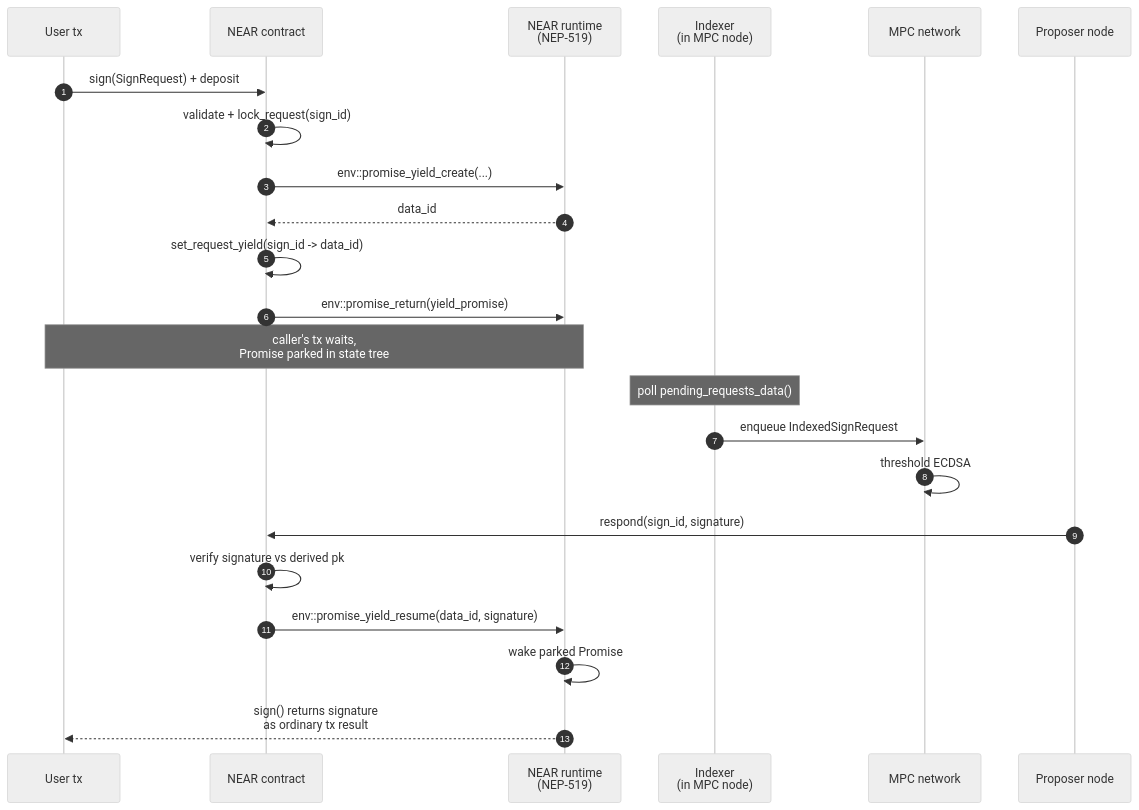
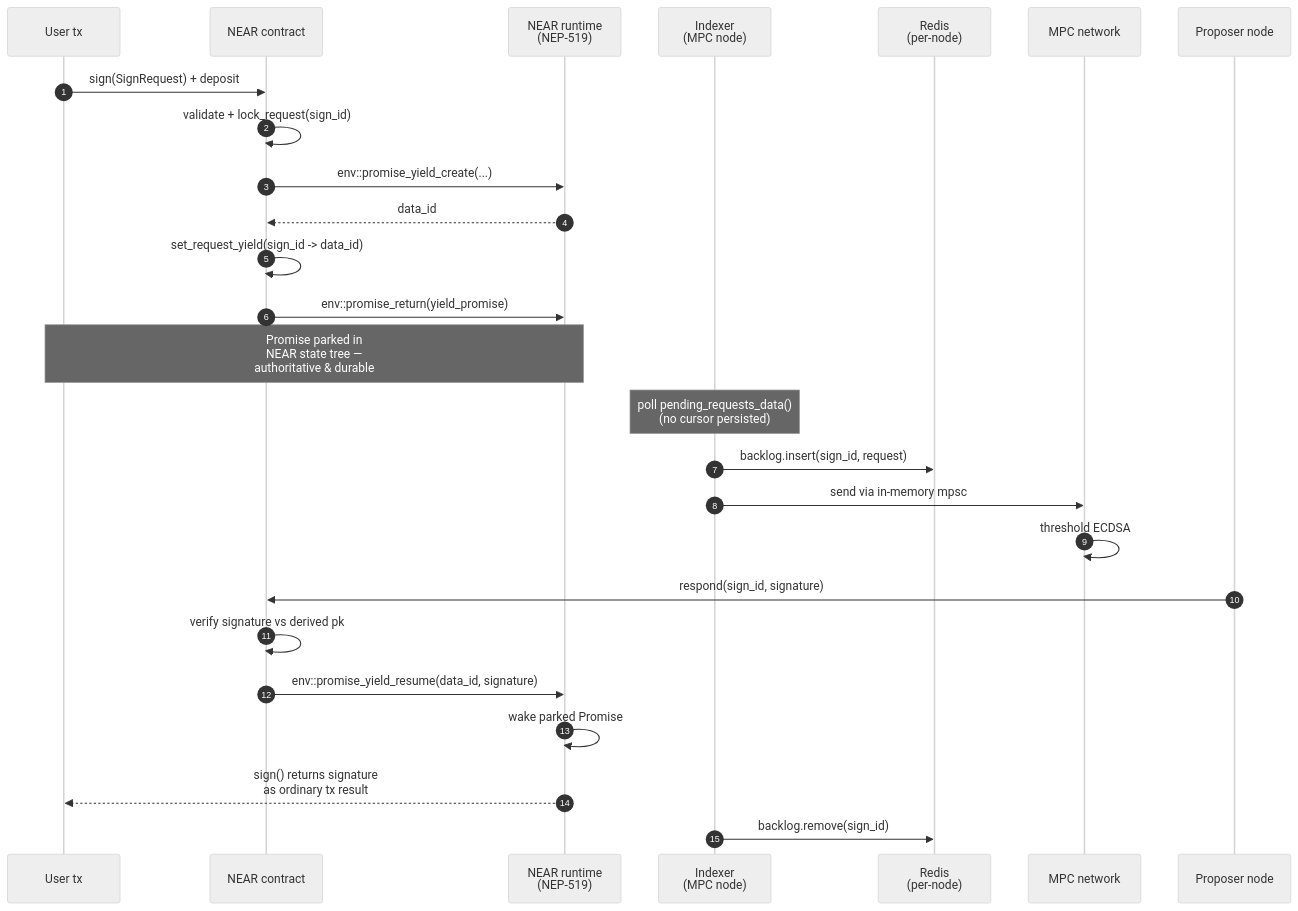
Before and after one commit to BRBussy/mpc: the second of 3 diagrams in doc/onboarding/02-architecture.md, drawn with Mermaid (neutral theme). The commit also changed other lines of this file and 1 other file, not shown here.

First line of the commit message:
doc: document indexer/queue delivery-guarantee risks

````diff
--- a/doc/onboarding/02-architecture.md
+++ b/doc/onboarding/02-architecture.md
@@ -62,26 +70,29 @@
 ```mermaid
 sequenceDiagram
     autonumber
     participant U as User tx
     participant C as NEAR contract
     participant RT as NEAR runtime<br/>(NEP-519)
-    participant IDX as Indexer<br/>(in MPC node)
+    participant IDX as Indexer<br/>(MPC node)
+    participant R as Redis<br/>(per-node)
     participant NET as MPC network
     participant PR as Proposer node
 
     U->>C: sign(SignRequest) + deposit
     C->>C: validate + lock_request(sign_id)
     C->>RT: env::promise_yield_create(...)
     RT-->>C: data_id
     C->>C: set_request_yield(sign_id -> data_id)
     C->>RT: env::promise_return(yield_promise)
-    Note over U,RT: caller's tx waits,<br/>Promise parked in state tree
-    Note over IDX: poll pending_requests_data()
-    IDX->>NET: enqueue IndexedSignRequest
+    Note over U,RT: Promise parked in<br/>NEAR state tree —<br/>authoritative & durable
+    Note over IDX: poll pending_requests_data()<br/>(no cursor persisted)
+    IDX->>R: backlog.insert(sign_id, request)
+    IDX->>NET: send via in-memory mpsc
     NET->>NET: threshold ECDSA
     PR->>C: respond(sign_id, signature)
     C->>C: verify signature vs derived pk
     C->>RT: env::promise_yield_resume(data_id, signature)
     RT->>RT: wake parked Promise
     RT-->>U: sign() returns signature<br/>as ordinary tx result
+    IDX->>R: backlog.remove(sign_id)
 ```
````
